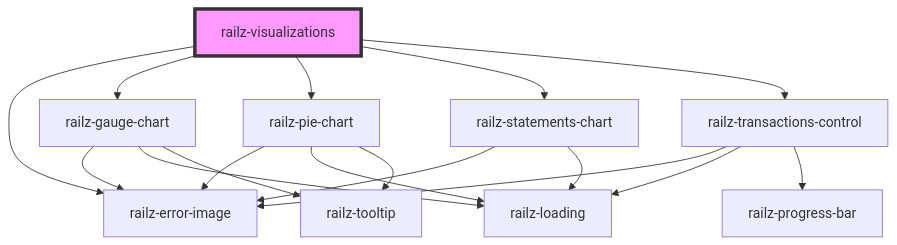
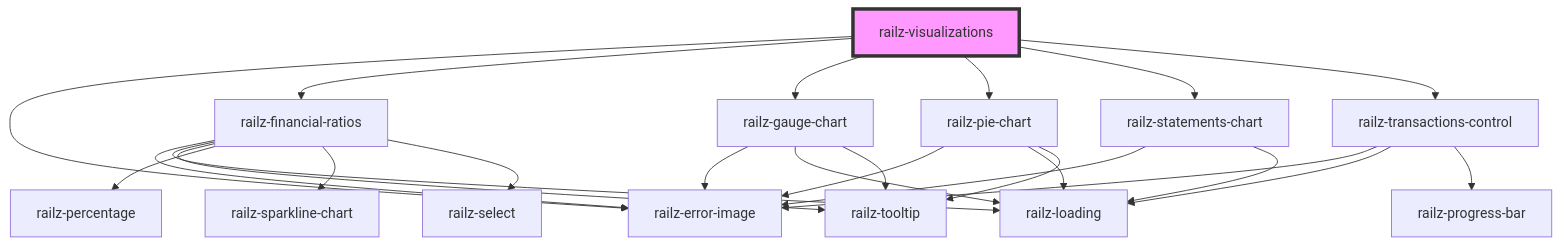
Before and after one commit to railz-ai/railz-visualizations: the diagram in packages/components/src/elements/core/readme.md, drawn with Mermaid. The commit also changed other lines of this file and 13 other files, not shown here.

Commit message:
feat: New select component and used on financial ratios

````diff
--- a/packages/components/src/elements/core/readme.md
+++ b/packages/components/src/elements/core/readme.md
@@ -25,20 +26,27 @@
 ```mermaid
 graph TD;
   railz-visualizations --> railz-error-image
+  railz-visualizations --> railz-financial-ratios
   railz-visualizations --> railz-gauge-chart
   railz-visualizations --> railz-pie-chart
   railz-visualizations --> railz-statements-chart
   railz-visualizations --> railz-transactions-control
+  railz-financial-ratios --> railz-error-image
+  railz-financial-ratios --> railz-loading
+  railz-financial-ratios --> railz-tooltip
+  railz-financial-ratios --> railz-percentage
+  railz-financial-ratios --> railz-sparkline-chart
+  railz-financial-ratios --> railz-select
   railz-gauge-chart --> railz-error-image
   railz-gauge-chart --> railz-loading
   railz-gauge-chart --> railz-tooltip
   railz-pie-chart --> railz-error-image
   railz-pie-chart --> railz-loading
   railz-pie-chart --> railz-tooltip
   railz-statements-chart --> railz-error-image
   railz-statements-chart --> railz-loading
   railz-transactions-control --> railz-error-image
   railz-transactions-control --> railz-loading
   railz-transactions-control --> railz-progress-bar
   style railz-visualizations fill:#f9f,stroke:#333,stroke-width:4px
 ```
````
